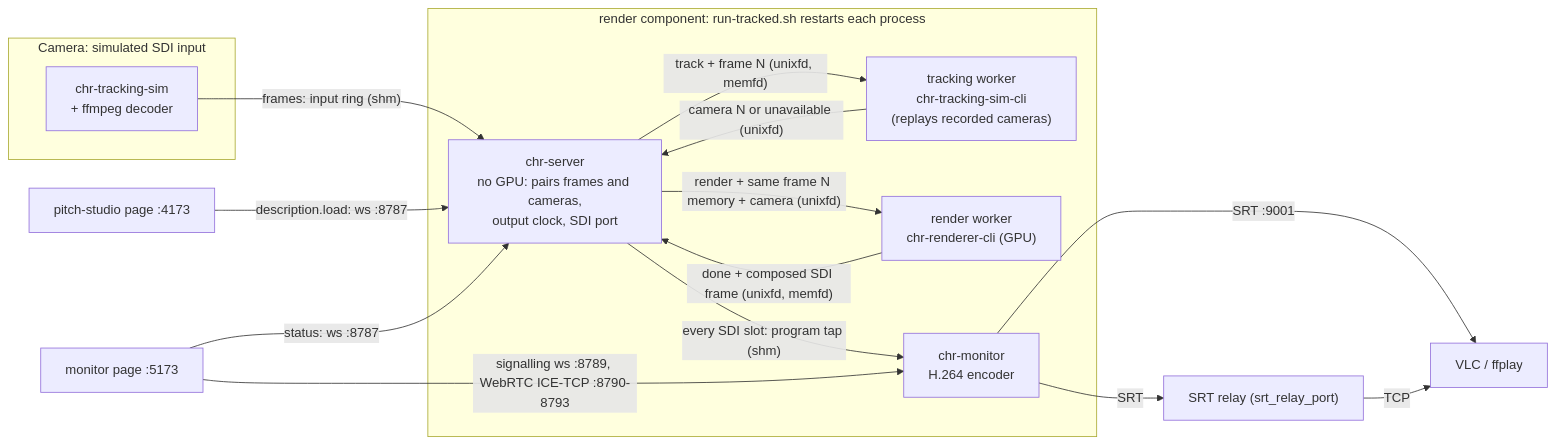
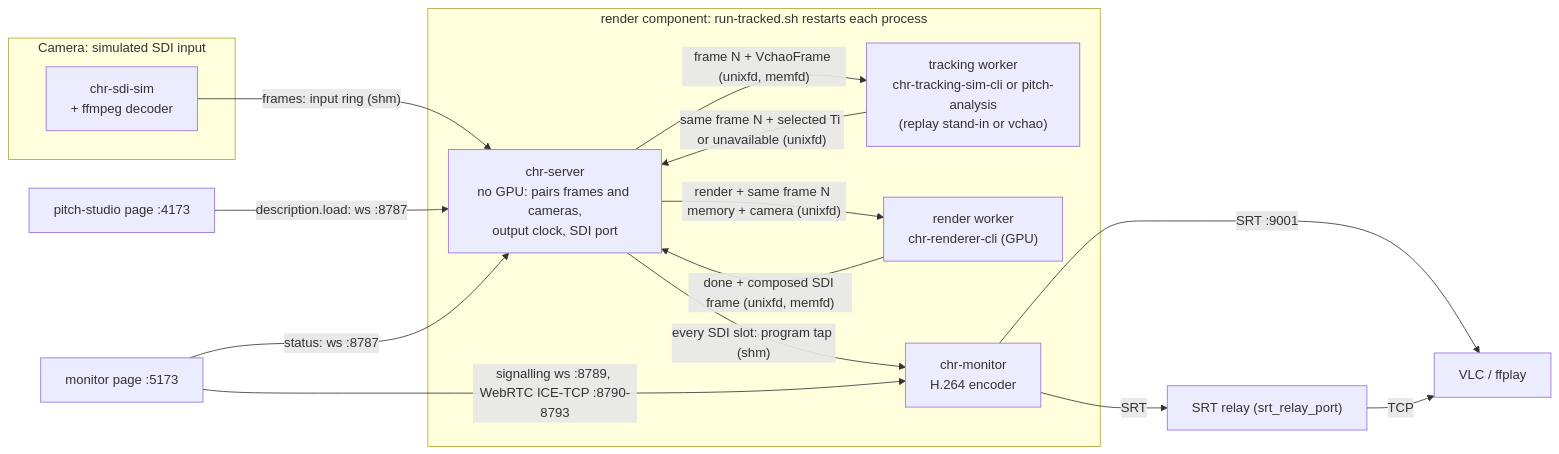
Before and after one commit to xiaoyxue/chr: the diagram in README.md, drawn with Mermaid. The commit also changed other lines of this file and 25 other files, not shown here.

First line of the commit message:
refactor: rename the capture simulator chr-tracking-sim to chr-sdi-sim; --send-cameras

````diff
--- a/README.md
+++ b/README.md
@@ -26,29 +26,29 @@
 ```mermaid
 flowchart LR
   subgraph camera["Camera: simulated SDI input"]
-    sim["chr-tracking-sim<br/>+ ffmpeg decoder"]
+    sim["chr-sdi-sim<br/>+ ffmpeg decoder"]
   end
   subgraph render["render component: run-tracked.sh restarts each process"]
     server["chr-server<br/>no GPU: pairs frames and cameras,<br/>output clock, SDI port"]
-    tracker["tracking worker<br/>chr-tracking-sim-cli<br/>(replays recorded cameras)"]
+    tracker["tracking worker<br/>chr-tracking-sim-cli or pitch-analysis<br/>(replay stand-in or vchao)"]
     renderer["render worker<br/>chr-renderer-cli (GPU)"]
     monitor["chr-monitor<br/>H.264 encoder"]
   end
   studio["pitch-studio page :4173"]
   page["monitor page :5173"]
   relay["SRT relay (srt_relay_port)"]
   player["VLC / ffplay"]
 
   sim -- "frames: input ring (shm)" --> server
-  server -- "track + frame N (unixfd, memfd)" --> tracker
-  tracker -- "camera N or unavailable (unixfd)" --> server
+  server -- "frame N + VchaoFrame (unixfd, memfd)" --> tracker
+  tracker -- "same frame N + selected Ti or unavailable (unixfd)" --> server
   server -- "render + same frame N memory + camera (unixfd)" --> renderer
   renderer -- "done + composed SDI frame (unixfd, memfd)" --> server
   server -- "every SDI slot: program tap (shm)" --> monitor
   studio -- "description.load: ws :8787" --> server
   page -- "status: ws :8787" --> server
   page -- "signalling ws :8789, WebRTC ICE-TCP :8790-8793" --> monitor
   monitor -- "SRT :9001" --> player
   monitor -- "SRT" --> relay
   relay -- "TCP" --> player
 ```
````
